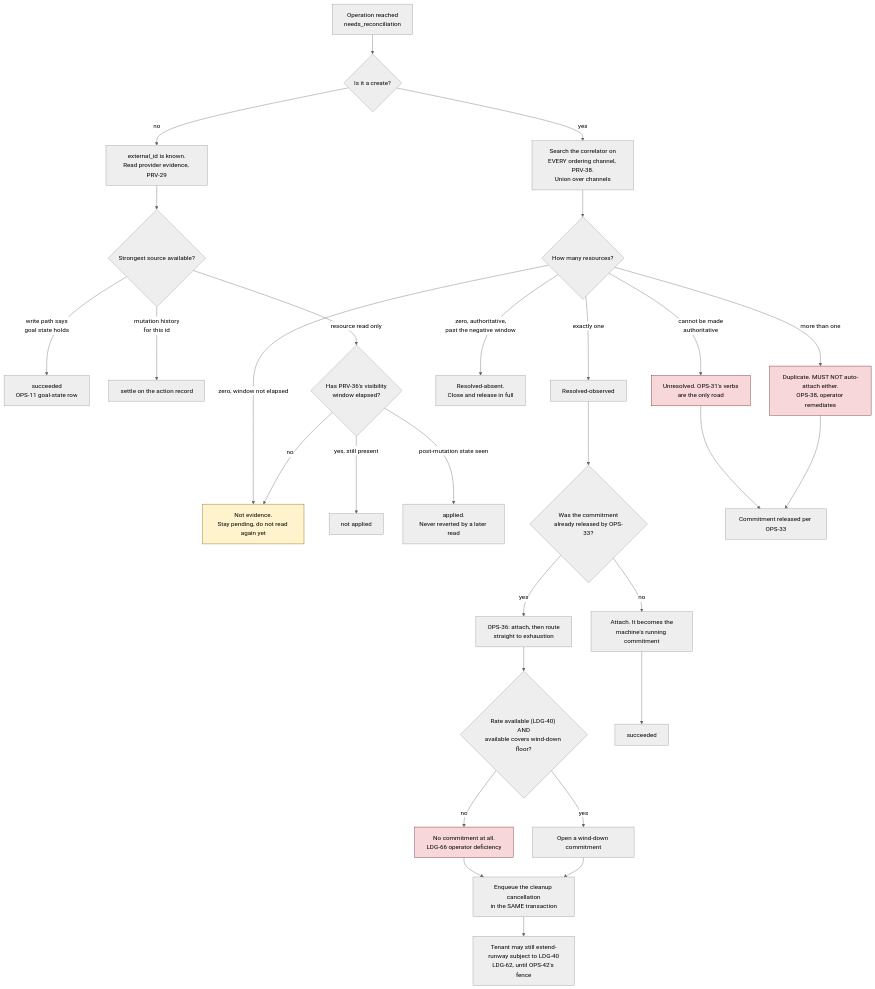
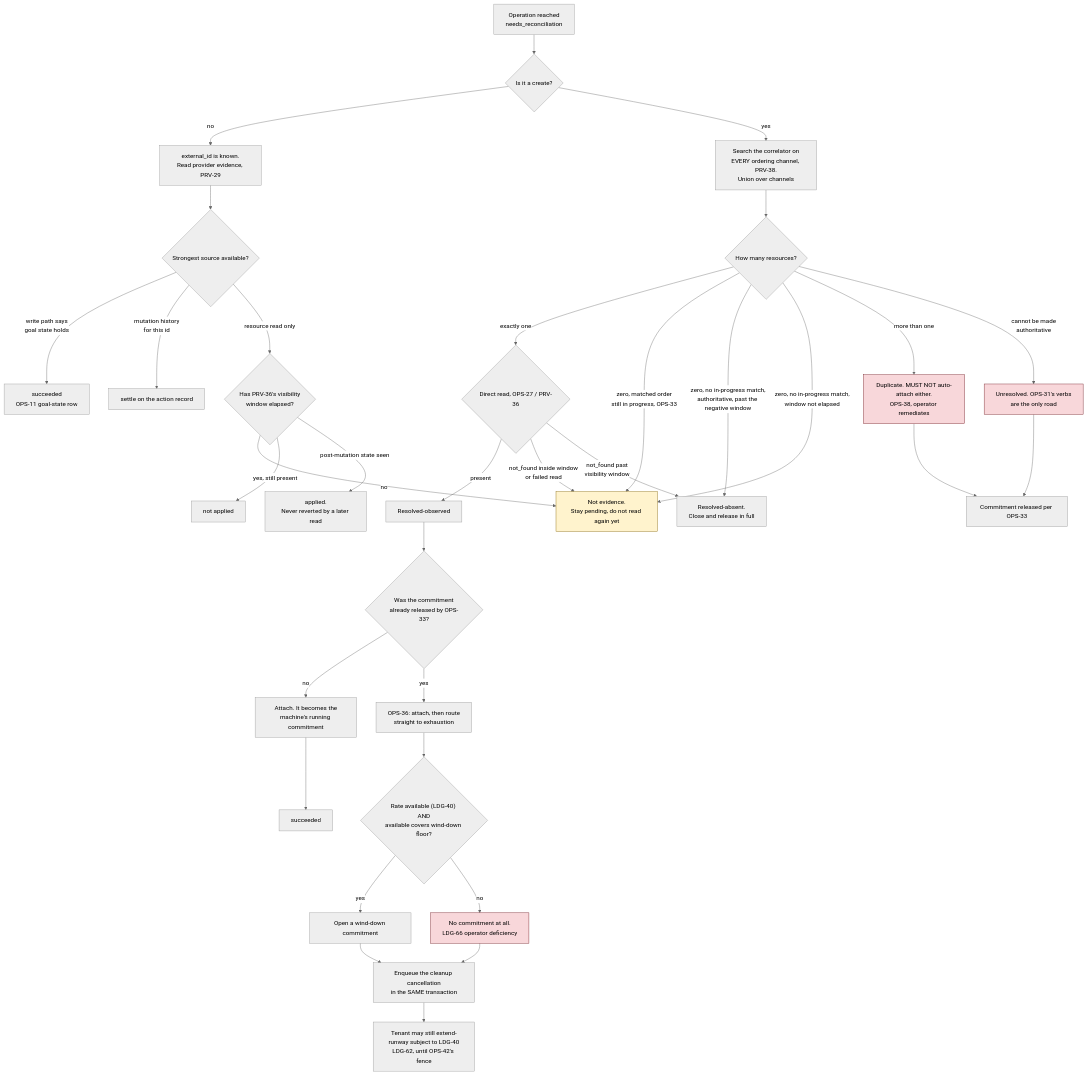
Before and after one commit to douglaz/provisiond: the diagram in 03-operation-lifecycle.md, drawn with Mermaid (neutral theme). The commit also changed other lines of this file and 181 other files, not shown here.

````diff
--- a/03-operation-lifecycle.md
+++ b/03-operation-lifecycle.md
@@ -378,42 +407,46 @@
 ```mermaid
 flowchart TD
     A["Operation reached<br/>needs_reconciliation"] --> B{"Is it a create?"}
 
     B -- "no" --> C["external_id is known.<br/>Read provider evidence, PRV-29"]
     C --> C1{"Strongest source available?"}
     C1 -- "write path says<br/>goal state holds" --> DONE1["succeeded<br/>OPS-11 goal-state row"]
     C1 -- "mutation history<br/>for this id" --> DONE2["settle on the action record"]
     C1 -- "resource read only" --> C2{"Has PRV-36's visibility<br/>window elapsed?"}
     C2 -- "no" --> WAIT["Not evidence.<br/>Stay pending, do not read again yet"]
     C2 -- "yes, still present" --> NOTAPPLIED["not applied"]
     C2 -- "post-mutation state seen" --> DONE3["applied.<br/>Never reverted by a later read"]
 
     B -- "yes" --> D["Search the correlator on<br/>EVERY ordering channel, PRV-38.<br/>Union over channels"]
     D --> E{"How many resources?"}
 
-    E -- "exactly one" --> F["Resolved-observed"]
+    E -- "exactly one" --> V{"Direct read, OPS-27 / PRV-36"}
+    V -- "present" --> F["Resolved-observed"]
+    V -- "not_found inside window<br/>or failed read" --> WAIT
+    V -- "not_found past<br/>visibility window" --> K
     F --> F1{"Was the commitment<br/>already released by OPS-33?"}
     F1 -- "no" --> G["Attach. It becomes the<br/>machine's running commitment"]
     F1 -- "yes" --> H["OPS-36: attach, then route<br/>straight to exhaustion"]
     H --> H1{"Rate available (LDG-40) AND<br/>available covers wind-down floor?"}
     H1 -- "yes" --> H2["Open a wind-down commitment"]
     H1 -- "no" --> H3["No commitment at all.<br/>LDG-66 operator deficiency"]
     H2 --> I["Enqueue the cleanup cancellation<br/>in the SAME transaction"]
     H3 --> I
     I --> J["Tenant may still extend-runway subject to LDG-40<br/>LDG-62, until OPS-42's fence"]
 
-    E -- "zero, authoritative,<br/>past the negative window" --> K["Resolved-absent.<br/>Close and release in full"]
-    E -- "zero, window not elapsed" --> WAIT
+    E -- "zero, matched order<br/>still in progress, OPS-33" --> WAIT
+    E -- "zero, no in-progress match,<br/>authoritative, past the negative window" --> K["Resolved-absent.<br/>Close and release in full"]
+    E -- "zero, no in-progress match,<br/>window not elapsed" --> WAIT
     E -- "more than one" --> L["Duplicate. MUST NOT auto-attach either.<br/>OPS-38, operator remediates"]
     E -- "cannot be made<br/>authoritative" --> M["Unresolved. OPS-31's verbs<br/>are the only road"]
 
     L --> N["Commitment released per OPS-33"]
     M --> N
 
     G --> DONE4["succeeded"]
 
     style WAIT fill:#fff3cd,stroke:#856404
     style L fill:#f8d7da,stroke:#721c24
     style M fill:#f8d7da,stroke:#721c24
     style H3 fill:#f8d7da,stroke:#721c24
 ```
````
